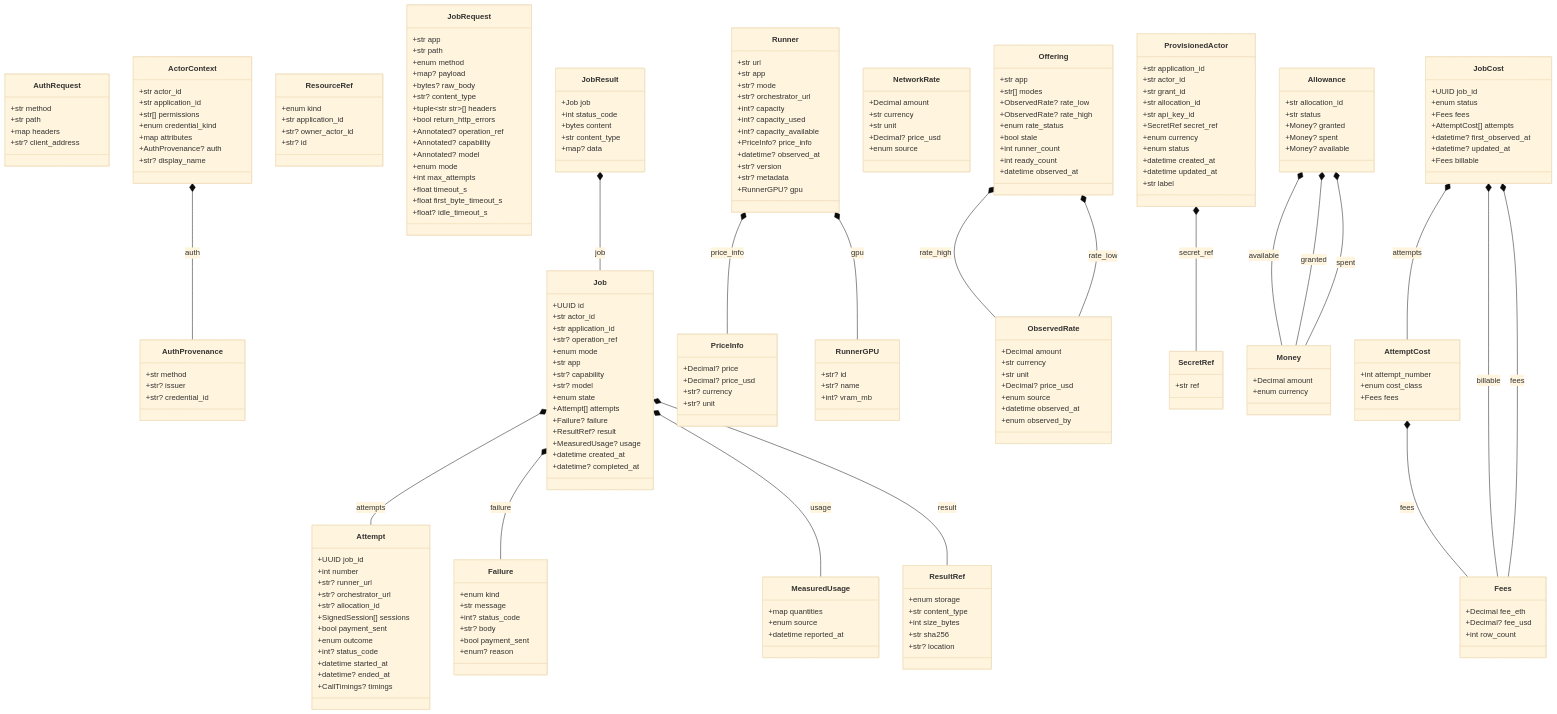
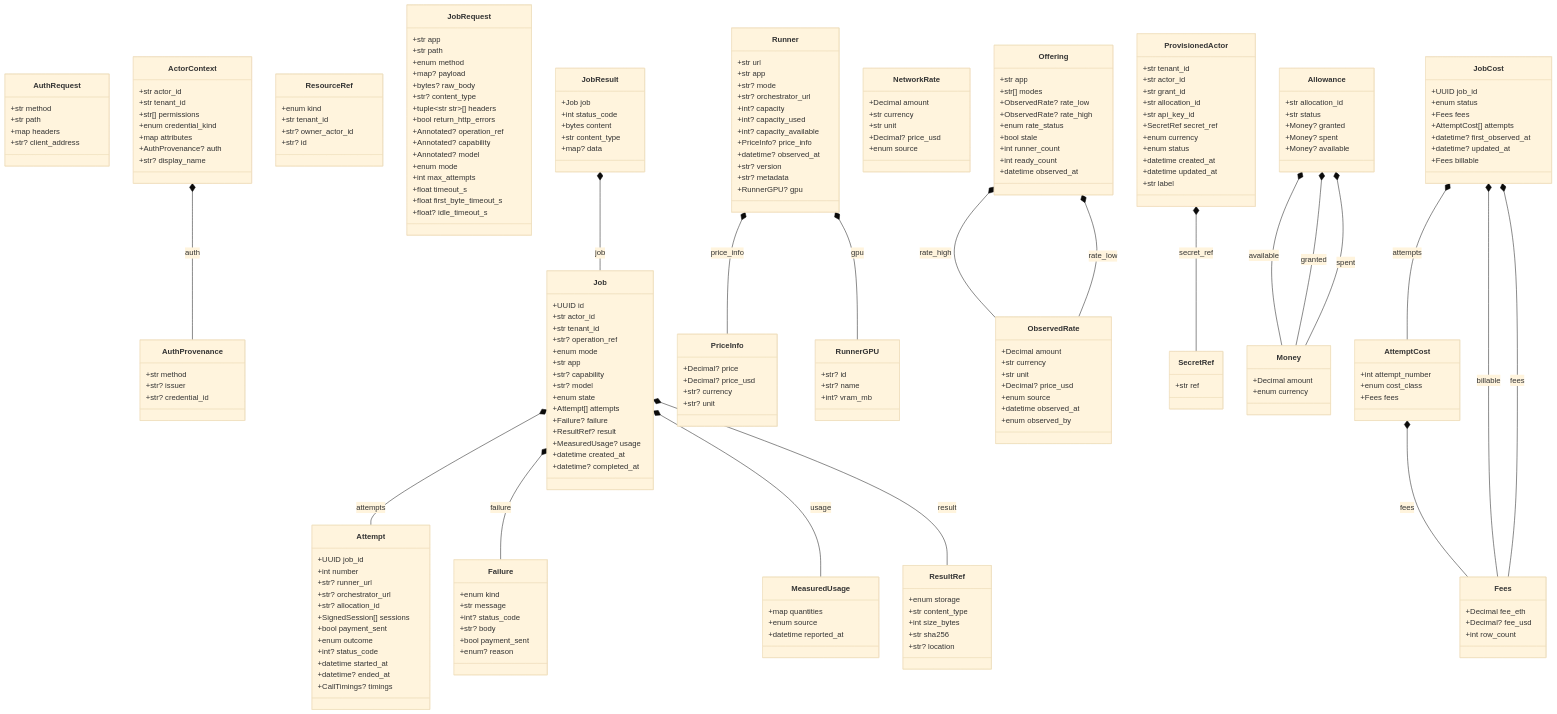
Before and after one commit to NE-Build-Track/livepeer-builder-core: the diagram in docs/generated/contracts.md, drawn with Mermaid (base theme). The commit also changed 113 other files, not shown here.

First line of the commit message:
refactor(api)!: application_id becomes tenant_id, in records too (#163)

```diff
--- a/docs/generated/contracts.md
+++ b/docs/generated/contracts.md
@@ -14,7 +14,7 @@
     }
     class ActorContext {
         +str actor_id
-        +str application_id
+        +str tenant_id
         +str[] permissions
         +enum credential_kind
         +map attributes
@@ -28,7 +28,7 @@
     }
     class ResourceRef {
         +enum kind
-        +str application_id
+        +str tenant_id
         +str? owner_actor_id
         +str? id
     }
@@ -53,7 +53,7 @@
     class Job {
         +UUID id
         +str actor_id
-        +str application_id
+        +str tenant_id
         +str? operation_ref
         +enum mode
         +str app
@@ -180,7 +180,7 @@
         +int row_count
     }
     class ProvisionedActor {
-        +str application_id
+        +str tenant_id
         +str actor_id
         +str grant_id
         +str allocation_id
```
